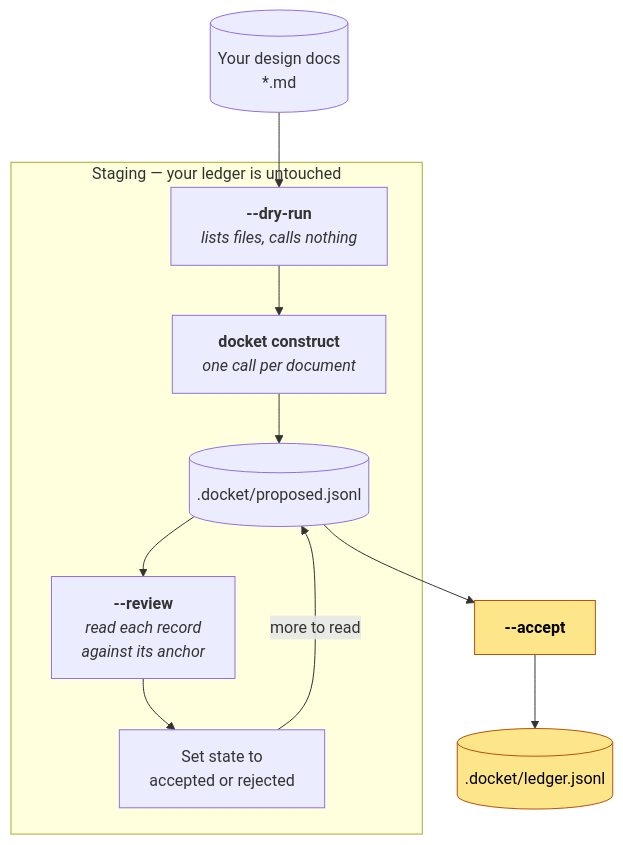
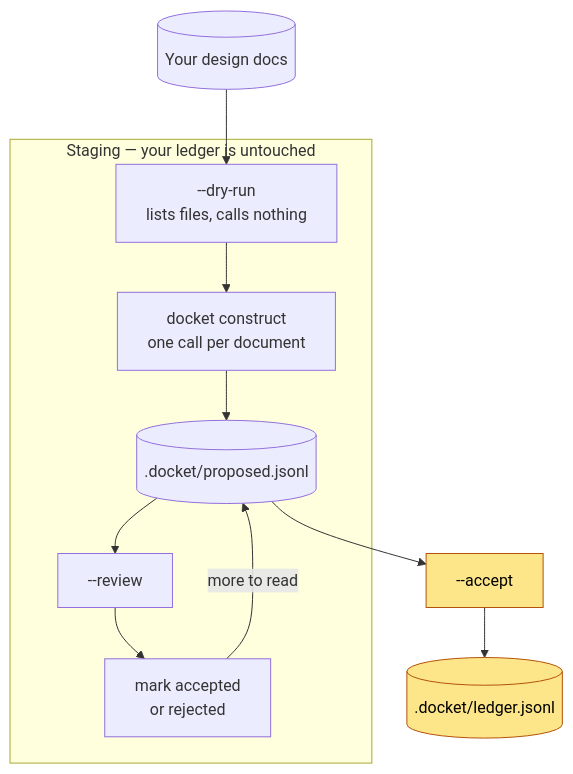
One commit to NovusEdge/docket changed the diagram in docs/construct.md. Above: the diagram before and after it, drawn with Mermaid. The commit also changed 4 other files, not shown here.

````diff
--- a/docs/construct.md
+++ b/docs/construct.md
@@ -13,22 +13,22 @@
 ```mermaid
 flowchart TD
-    src[("Your design docs<br/>*.md")]
+    src[("Your design docs")]
 
     subgraph staging["Staging — your ledger is untouched"]
-        dry["<b>--dry-run</b><br/><i>lists files, calls nothing</i>"]
-        run["<b>docket construct</b><br/><i>one call per document</i>"]
+        dry["--dry-run<br/>lists files, calls nothing"]
+        run["docket construct<br/>one call per document"]
         prop[(".docket/proposed.jsonl")]
-        review["<b>--review</b><br/><i>read each record<br/>against its anchor</i>"]
-        mark["Set state to<br/>accepted or rejected"]
+        review["--review"]
+        mark["mark accepted<br/>or rejected"]
     end
 
-    accept["<b>--accept</b>"]
+    accept["--accept"]
     ledger[(".docket/ledger.jsonl")]
 
     src --> dry --> run --> prop --> review --> mark
     mark -->|"more to read"| prop
     prop --> accept --> ledger
 
     classDef write fill:#fde68a,stroke:#b45309,color:#000
     class accept,ledger write
 ```
````
